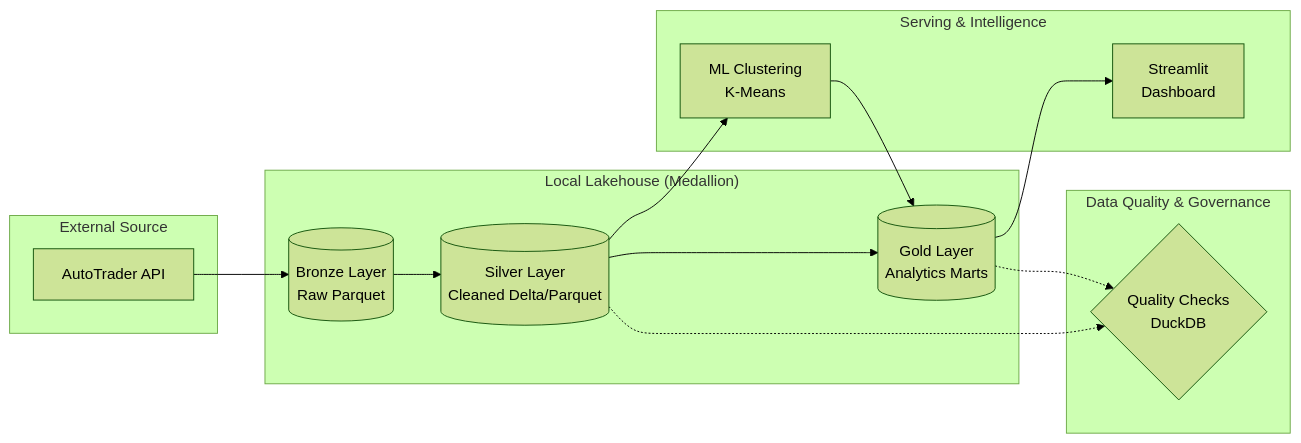
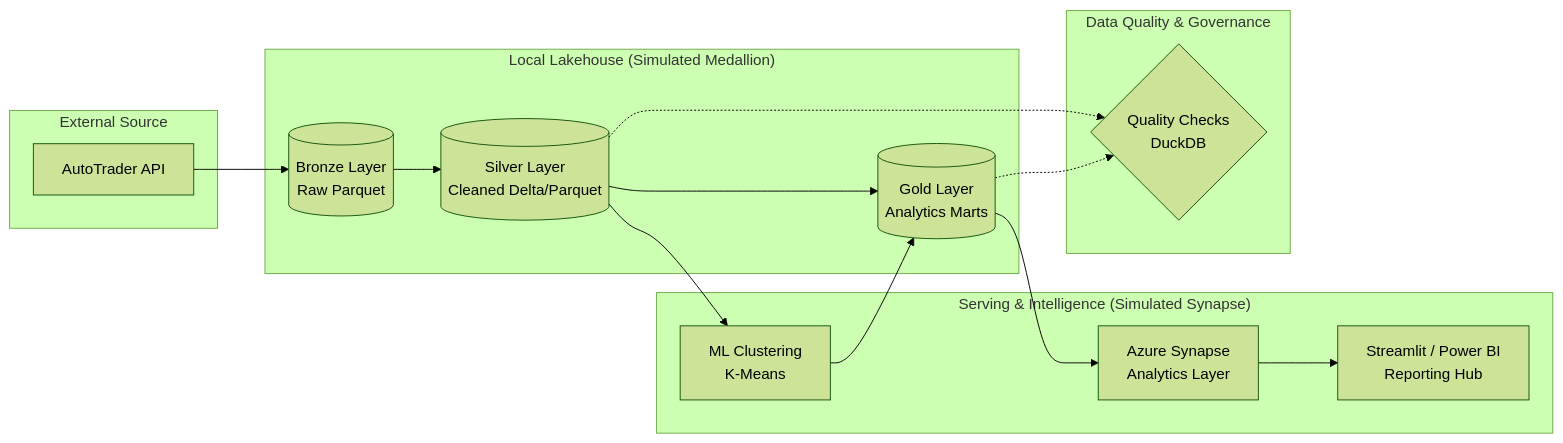
One commit to S4LL77/Ulez-Project-azure-databricks changed the first of 2 diagrams in README.md. Above: the diagram before and after it, drawn with Mermaid (forest theme).

Commit message:
docs: upgrade medallion diagram to include Synapse and Power BI serving

````diff
--- a/README.md
+++ b/README.md
@@ -10,31 +10,33 @@
 ```mermaid
 graph LR
     subgraph "External Source"
         API[AutoTrader API]
     end
 
-    subgraph "Local Lakehouse (Medallion)"
+    subgraph "Local Lakehouse (Simulated Medallion)"
         Bronze[(Bronze Layer<br/>Raw Parquet)]
         Silver[(Silver Layer<br/>Cleaned Delta/Parquet)]
         Gold[(Gold Layer<br/>Analytics Marts)]
     end
 
-    subgraph "Serving & Intelligence"
+    subgraph "Serving & Intelligence (Simulated Synapse)"
         ML[ML Clustering<br/>K-Means]
-        App[Streamlit<br/>Dashboard]
+        Synapse[Azure Synapse<br/>Analytics Layer]
+        App[Streamlit / Power BI<br/>Reporting Hub]
     end
 
     subgraph "Data Quality & Governance"
         QA{Quality Checks<br/>DuckDB}
     end
 
     API --> Bronze
     Bronze --> Silver
     Silver --> Gold
     Silver --> ML
     ML --> Gold
-    Gold --> App
+    Gold --> Synapse
+    Synapse --> App
     
     Silver -.-> QA
     Gold -.-> QA
 ```
````
